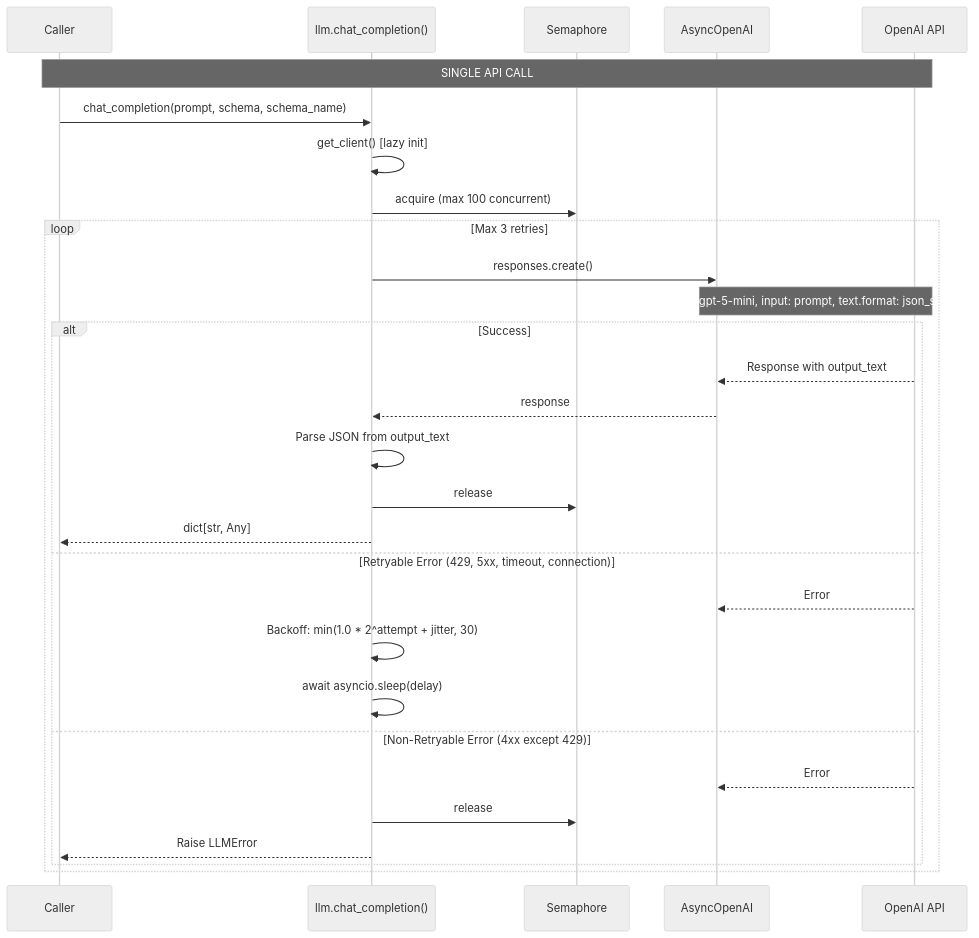
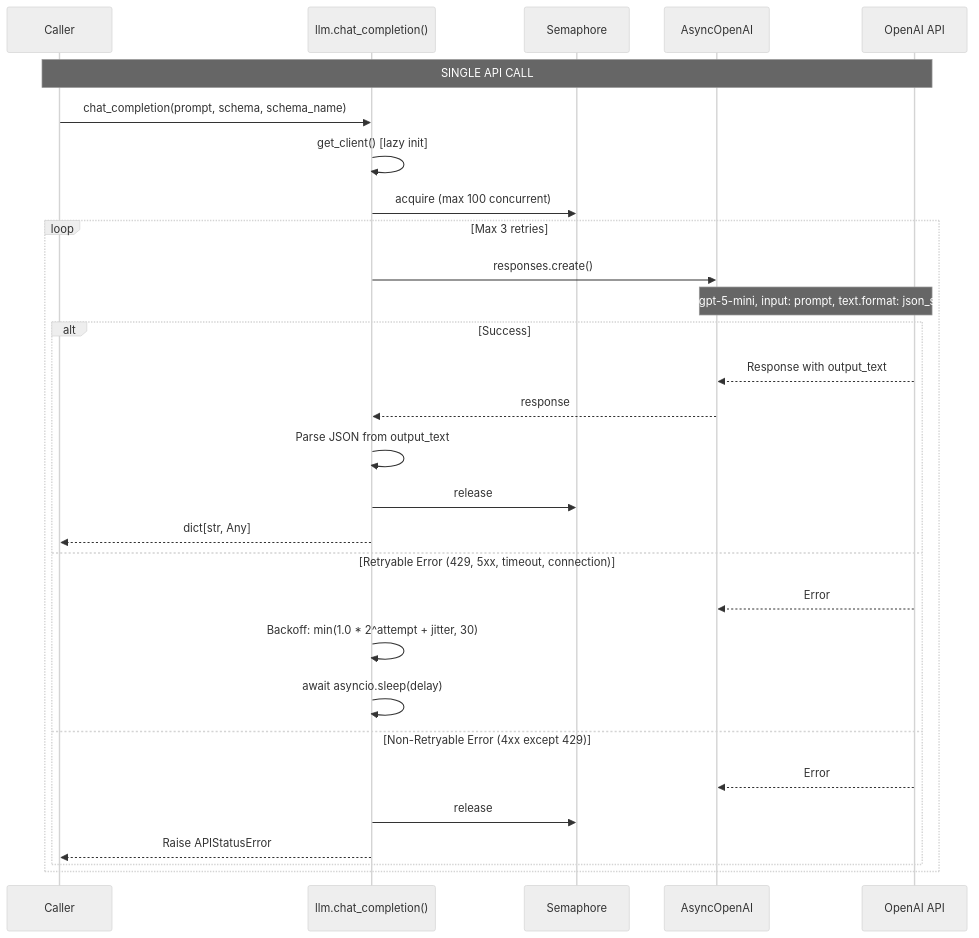
Before and after one commit to sapientpants/vocabext: the fourth of 9 diagrams in docs/llm-pipelines.md, drawn with Mermaid (neutral theme). The commit also changed other lines of this file and 3 other files, not shown here.

First line of the commit message:
fix: address Copilot review comments and add preposition schema

````diff
--- a/docs/llm-pipelines.md
+++ b/docs/llm-pipelines.md
@@ -179,37 +179,37 @@
 ```mermaid
 sequenceDiagram
     participant Caller
     participant llm as llm.chat_completion()
     participant Semaphore
     participant Client as AsyncOpenAI
     participant API as OpenAI API
 
     Note over Caller,API: SINGLE API CALL
 
     Caller->>llm: chat_completion(prompt, schema, schema_name)
 
     llm->>llm: get_client() [lazy init]
     llm->>Semaphore: acquire (max 100 concurrent)
 
     loop Max 3 retries
         llm->>Client: responses.create()
 
         Note over Client,API: model: gpt-5-mini, input: prompt, text.format: json_schema
 
         alt Success
             API-->>Client: Response with output_text
             Client-->>llm: response
             llm->>llm: Parse JSON from output_text
             llm->>Semaphore: release
             llm-->>Caller: dict[str, Any]
         else Retryable Error (429, 5xx, timeout, connection)
             API-->>Client: Error
             llm->>llm: Backoff: min(1.0 * 2^attempt + jitter, 30)
             llm->>llm: await asyncio.sleep(delay)
         else Non-Retryable Error (4xx except 429)
             API-->>Client: Error
             llm->>Semaphore: release
-            llm-->>Caller: Raise LLMError
+            llm-->>Caller: Raise APIStatusError
         end
     end
 ```
````
